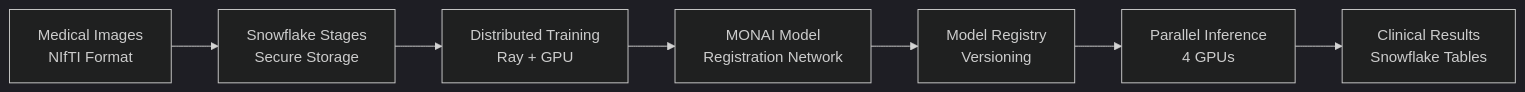
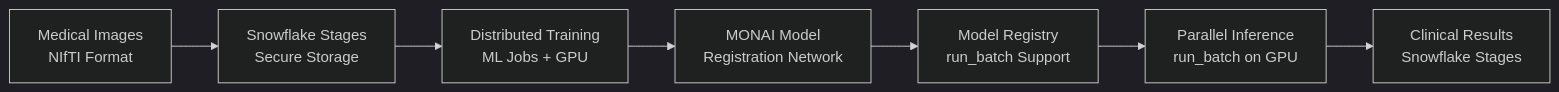
Before and after one commit to sfc-gh-cguzman/snowflake-distributed-medical-image-processing-monai: the first of 2 diagrams in README.md, drawn with Mermaid (dark theme). The commit also changed other lines of this file and 12 other files, not shown here.

Commit message:
update to use run_batch and notebooks in workspaces

````diff
--- a/README.md
+++ b/README.md
@@ -100,9 +100,9 @@
 ```mermaid
 graph LR
     A[Medical Images<br/>NIfTI Format] --> B[Snowflake Stages<br/>Secure Storage]
-    B --> C[Distributed Training<br/>Ray + GPU]
+    B --> C[Distributed Training<br/>ML Jobs + GPU]
     C --> D[MONAI Model<br/>Registration Network]
-    D --> E[Model Registry<br/>Versioning]
-    E --> F[Parallel Inference<br/>4 GPUs]
-    F --> G[Clinical Results<br/>Snowflake Tables]
+    D --> E[Model Registry<br/>run_batch Support]
+    E --> F[Parallel Inference<br/>run_batch on GPU]
+    F --> G[Clinical Results<br/>Snowflake Stages]
 ```
````
